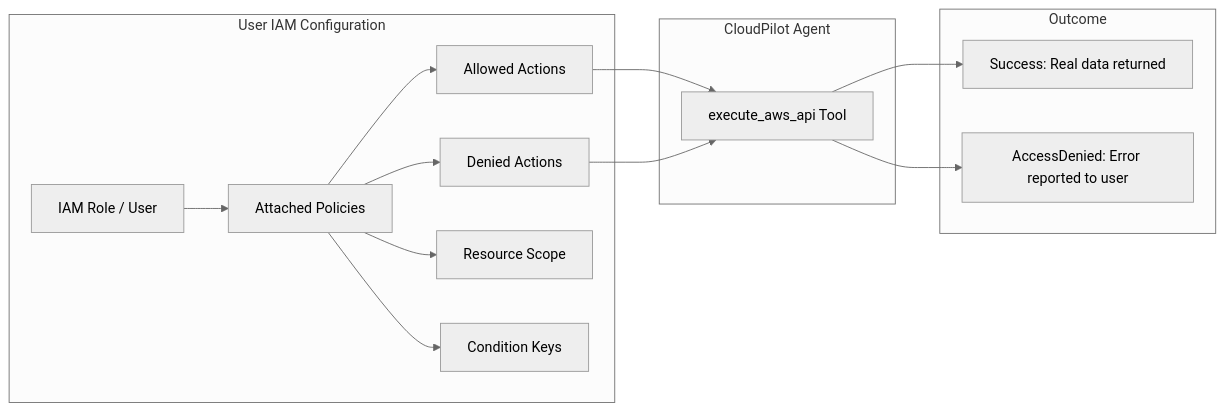
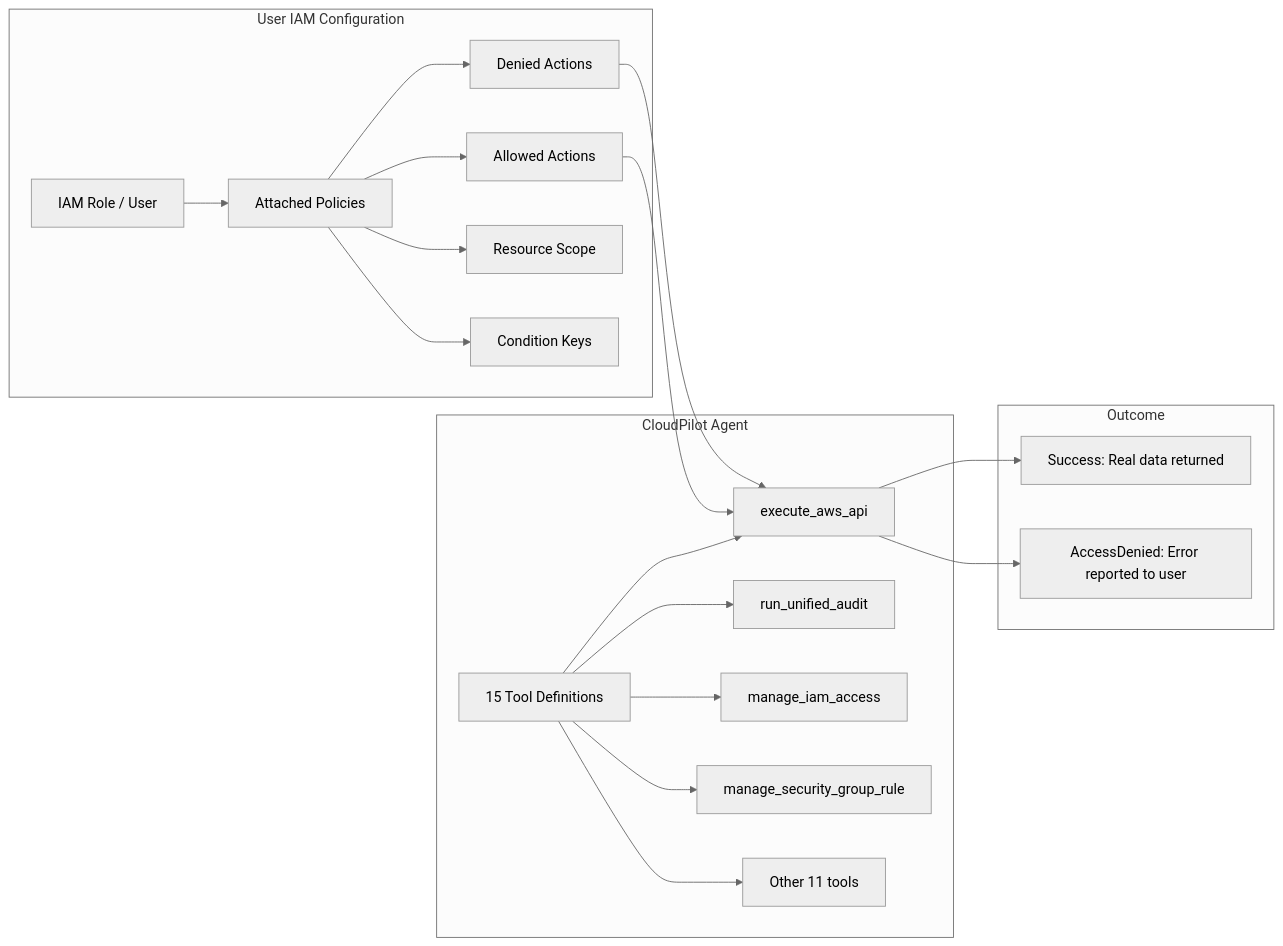
One commit to ritvikindupuri/aws-ai-agent changed the fourth of 21 diagrams in TECHNICAL_DOCUMENTATION.md. Above: the diagram before and after it, drawn with Mermaid (neutral theme). The commit also changed other lines of this file, not shown here.

````diff
--- a/TECHNICAL_DOCUMENTATION.md
+++ b/TECHNICAL_DOCUMENTATION.md
@@ -323,24 +306,29 @@
 ```mermaid
 flowchart LR
     subgraph "User IAM Configuration"
         A[IAM Role / User] --> B[Attached Policies]
         B --> C[Allowed Actions]
         B --> D[Denied Actions]
         B --> E[Resource Scope]
         B --> F[Condition Keys]
     end
 
     subgraph "CloudPilot Agent"
-        G[execute_aws_api Tool]
+        G[15 Tool Definitions]
+        G --> G1[execute_aws_api]
+        G --> G2[run_unified_audit]
+        G --> G3[manage_iam_access]
+        G --> G4[manage_security_group_rule]
+        G --> G5[Other 11 tools]
     end
 
     subgraph "Outcome"
         H[Success: Real data returned]
         I[AccessDenied: Error reported to user]
     end
 
-    C --> G
-    D --> G
-    G --> H
-    G --> I
+    C --> G1
+    D --> G1
+    G1 --> H
+    G1 --> I
 ```
````
